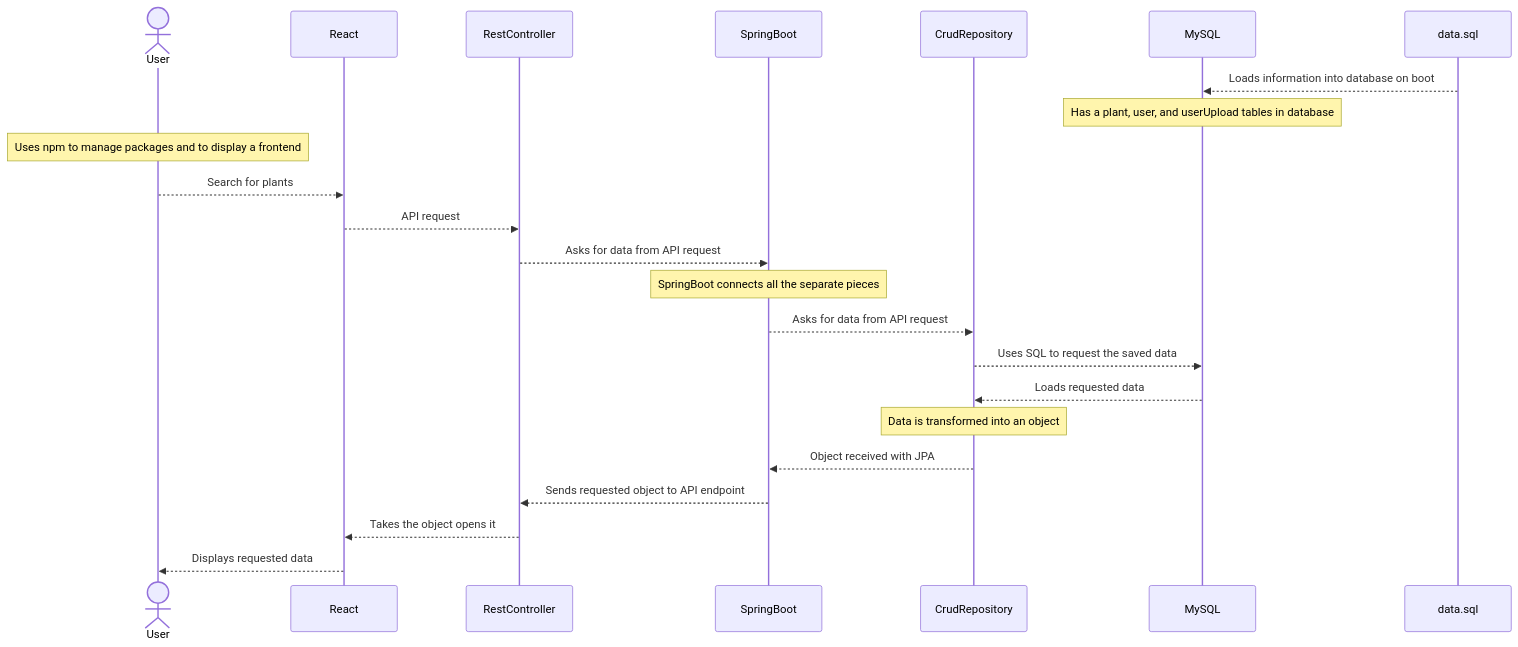
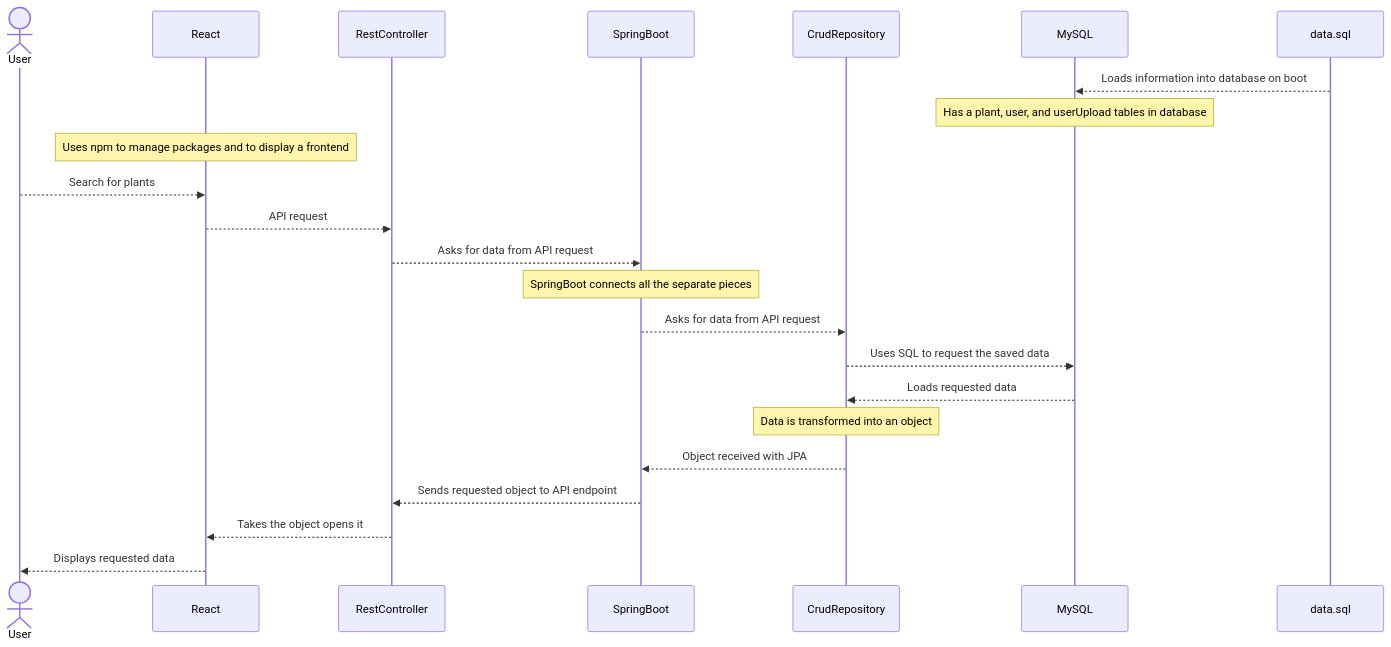
One commit to dawsonblack/UIP changed the diagram in README.md. Above: the diagram before and after it, drawn with Mermaid.

````diff
--- a/README.md
+++ b/README.md
@@ -69,33 +69,33 @@
 ``` mermaid
 sequenceDiagram
 
 actor User
 participant React
 participant RestController
 participant SpringBoot
 participant CrudRepository
 participant MySQL
 participant data.sql
 
 
 data.sql -->> MySQL: Loads information into database on boot
 note over MySQL: Has a plant, user, and userUpload tables in database
-note over User: Uses npm to manage packages and to display a frontend
+note over React: Uses npm to manage packages and to display a frontend
 
 User -->> React: Search for plants
 React -->> RestController: API request
 RestController -->> SpringBoot: Asks for data from API request
 note over SpringBoot: SpringBoot connects all the separate pieces
 
 SpringBoot -->> CrudRepository: Asks for data from API request
 CrudRepository -->> MySQL: Uses SQL to request the saved data
 
 MySQL -->> CrudRepository: Loads requested data
 note over CrudRepository: Data is transformed into an object
 CrudRepository -->> SpringBoot: Object received with JPA
 
 SpringBoot -->> RestController: Sends requested object to API endpoint
 RestController -->> React: Takes the object opens it
 React -->> User: Displays requested data
 
 ```
````
